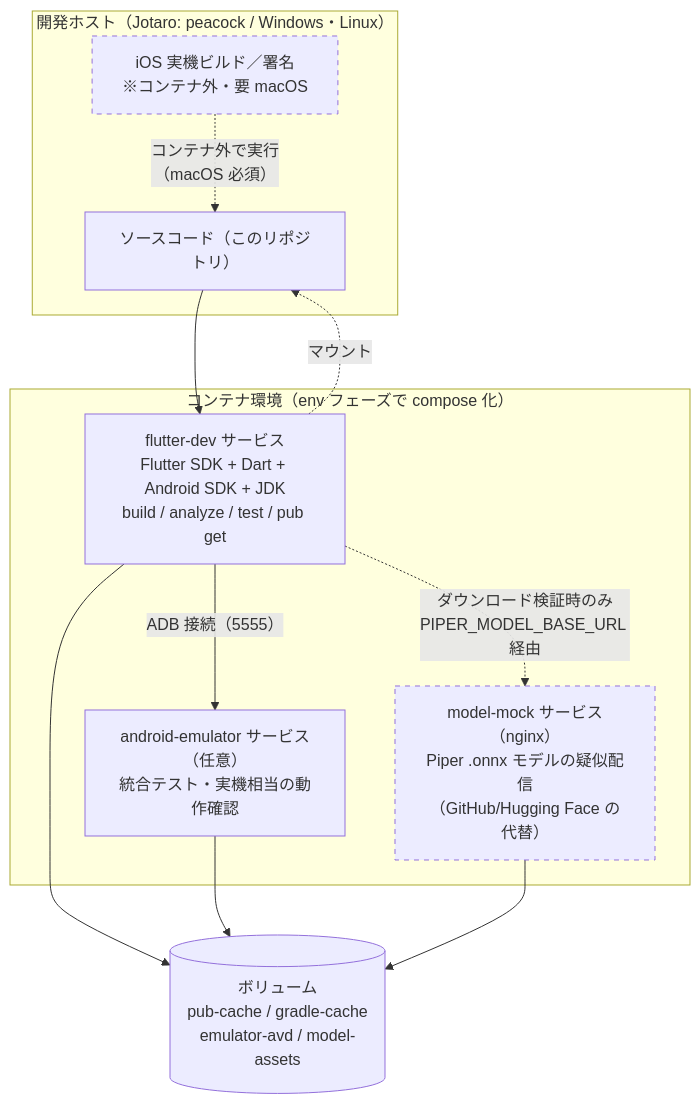
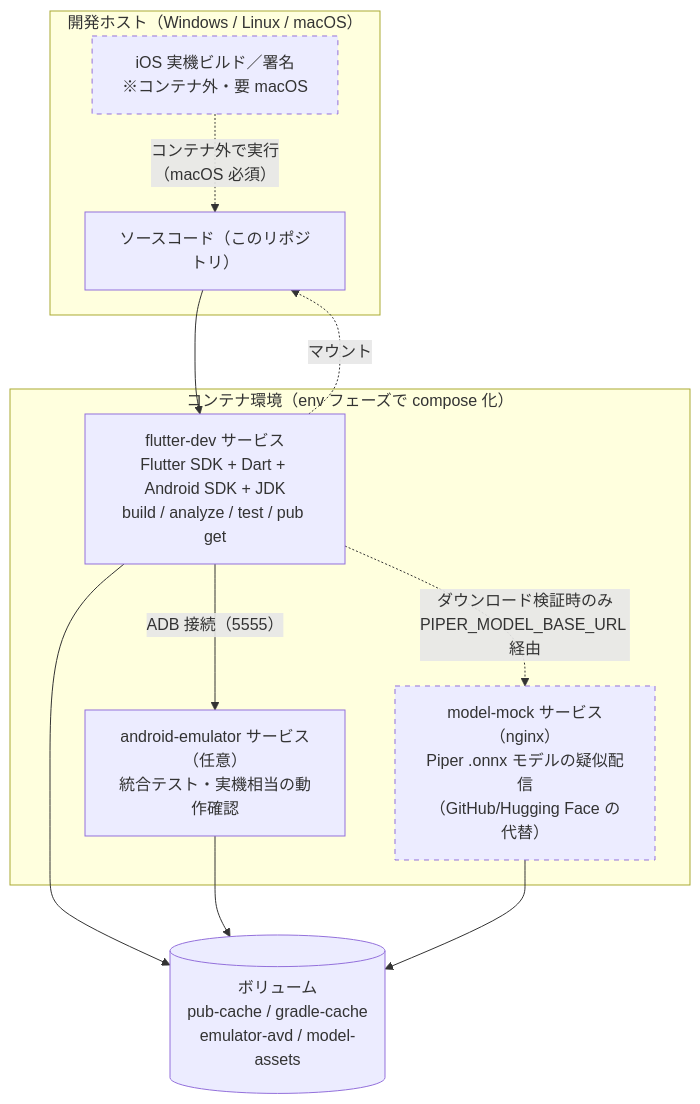
One commit to ji-no-ri/eng-learning changed the first of 3 diagrams in docs/development-environment-design.md. Above: the diagram before and after it, drawn with Mermaid. The commit also changed other lines of this file, not shown here.

First line of the commit message:
chore: システムアーキテクチャ設計書（docs/architecture-design.md）

````diff
--- a/docs/development-environment-design.md
+++ b/docs/development-environment-design.md
@@ -36,27 +36,27 @@
 ```mermaid
 flowchart TD
-    subgraph Host["開発ホスト（Jotaro: peacock / Windows・Linux）"]
+    subgraph Host["開発ホスト（Windows / Linux / macOS）"]
         SRC["ソースコード（このリポジトリ）"]
         IOS["iOS 実機ビルド／署名<br/>※コンテナ外・要 macOS"]
     end
 
     subgraph Compose["コンテナ環境（env フェーズで compose 化）"]
         DEV["flutter-dev サービス<br/>Flutter SDK + Dart + Android SDK + JDK<br/>build / analyze / test / pub get"]
         EMU["android-emulator サービス（任意）<br/>統合テスト・実機相当の動作確認"]
         MOCK["model-mock サービス（nginx）<br/>Piper .onnx モデルの疑似配信<br/>（GitHub/Hugging Face の代替）"]
     end
 
     VOLS[("ボリューム<br/>pub-cache / gradle-cache<br/>emulator-avd / model-assets")]
 
     SRC --> DEV
     DEV -. マウント .-> SRC
     DEV --> VOLS
     EMU --> VOLS
     DEV -->|"ADB 接続（5555）"| EMU
     DEV -. "ダウンロード検証時のみ<br/>PIPER_MODEL_BASE_URL 経由" .-> MOCK
     MOCK --> VOLS
     IOS -. "コンテナ外で実行<br/>（macOS 必須）" .-> SRC
 
     classDef ext stroke-dasharray: 5 5;
     class IOS,MOCK ext;
 ```
````
